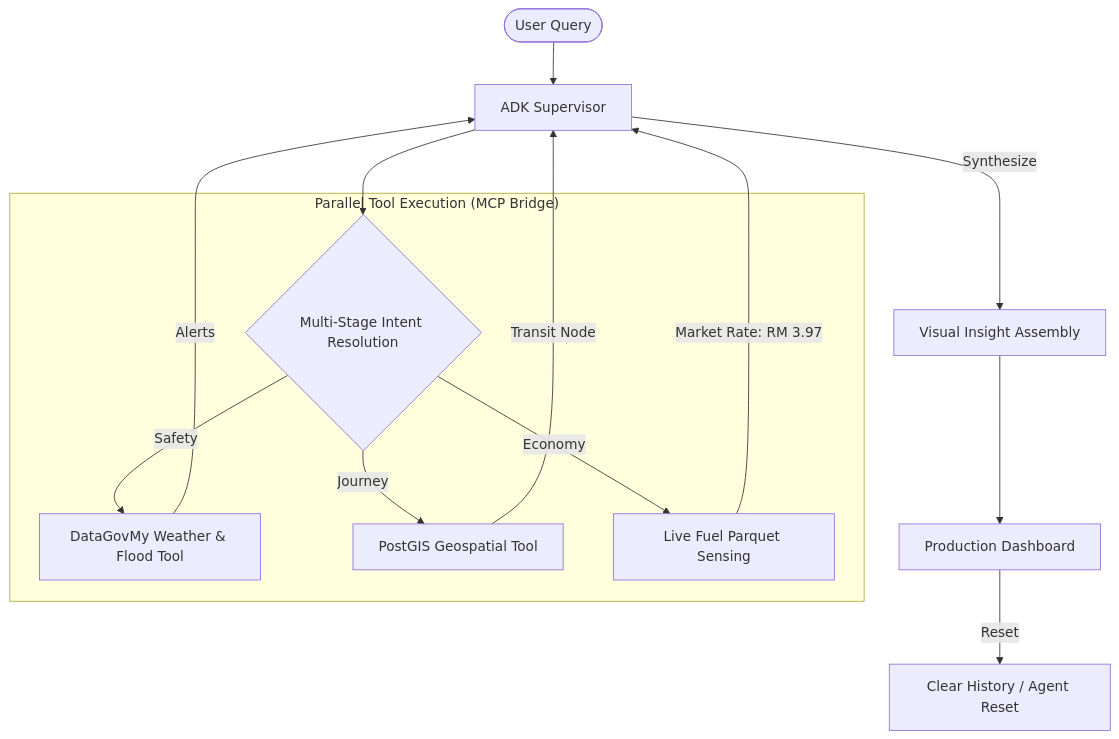
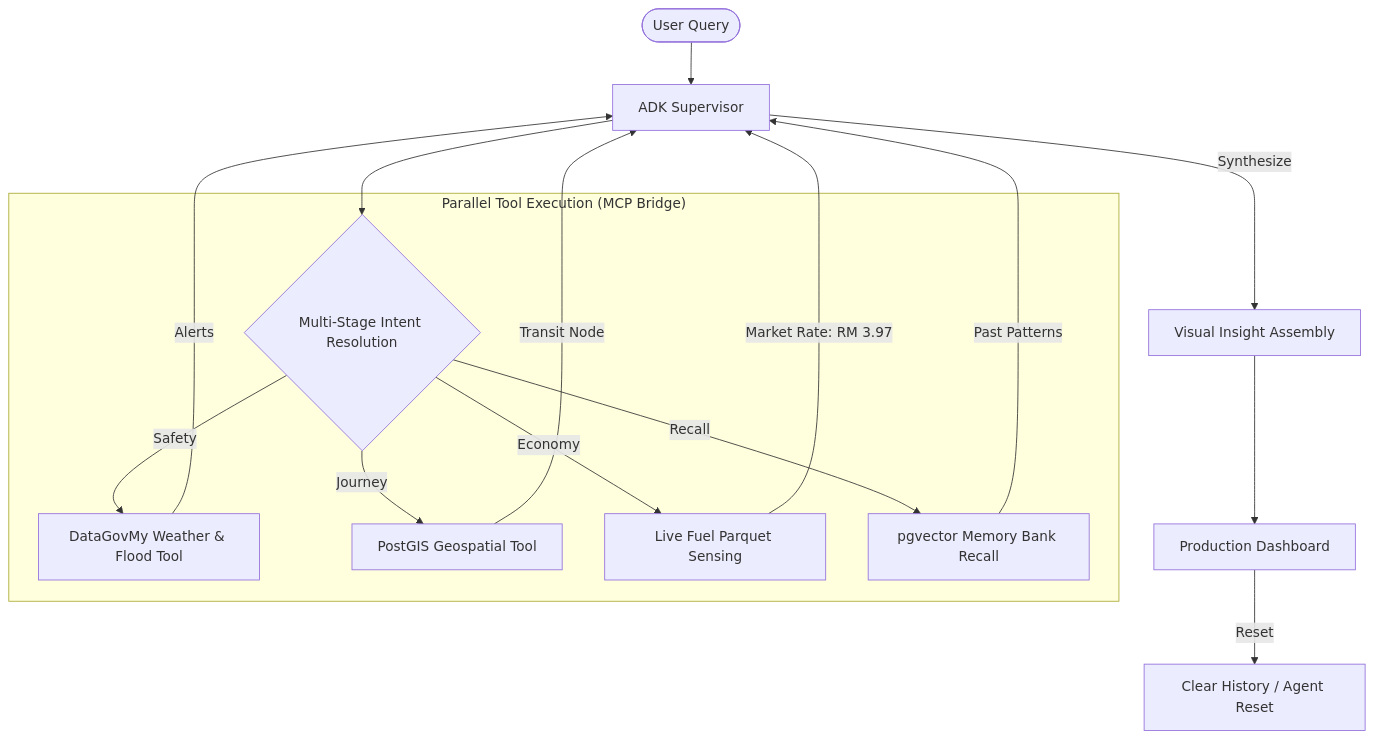
One commit to nashy3k/transit-flow-my changed the diagram in README.md. Above: the diagram before and after it, drawn with Mermaid. The commit also changed other lines of this file, not shown here.

Commit message:
feat: Integrated Long-term Memory Bank (pgvector) and Polyform License

````diff
--- a/README.md
+++ b/README.md
@@ -31,19 +32,21 @@
 ```mermaid
 graph TD
     User([User Query]) --> Supervisor[ADK Supervisor]
     Supervisor --> Intent{Multi-Stage Intent Resolution}
     
     subgraph "Parallel Tool Execution (MCP Bridge)"
         Intent -- Safety --> Safety[DataGovMy Weather & Flood Tool]
         Intent -- Journey --> Geo[PostGIS Geospatial Tool]
         Intent -- Economy --> Eco[Live Fuel Parquet Sensing]
+        Intent -- Recall --> Mem[pgvector Memory Bank Recall]
     end
     
     Safety -- Alerts --> Supervisor
     Geo -- Transit Node --> Supervisor
     Eco -- Market Rate: RM 3.97 --> Supervisor
+    Mem -- Past Patterns --> Supervisor
     
     Supervisor -- Synthesize --> JSON[Visual Insight Assembly]
     JSON --> UI[Production Dashboard]
     UI -- Reset --> Clear[Clear History / Agent Reset]
 ```
````
